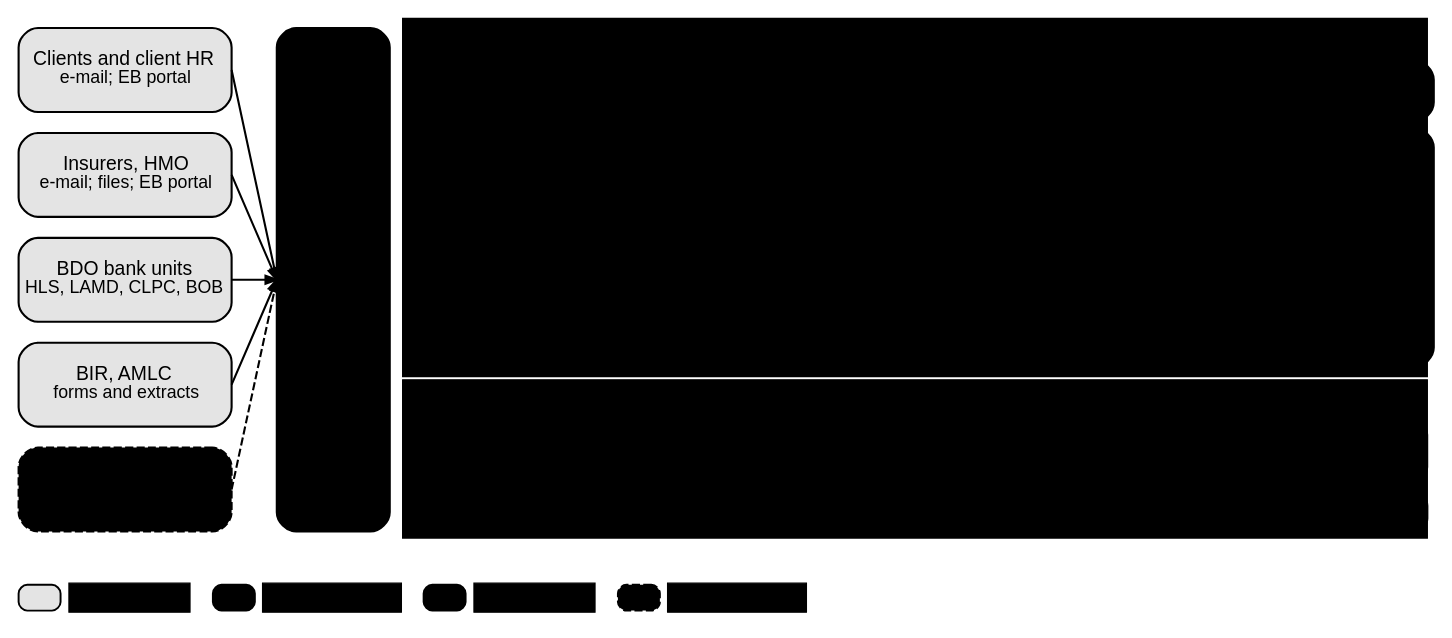
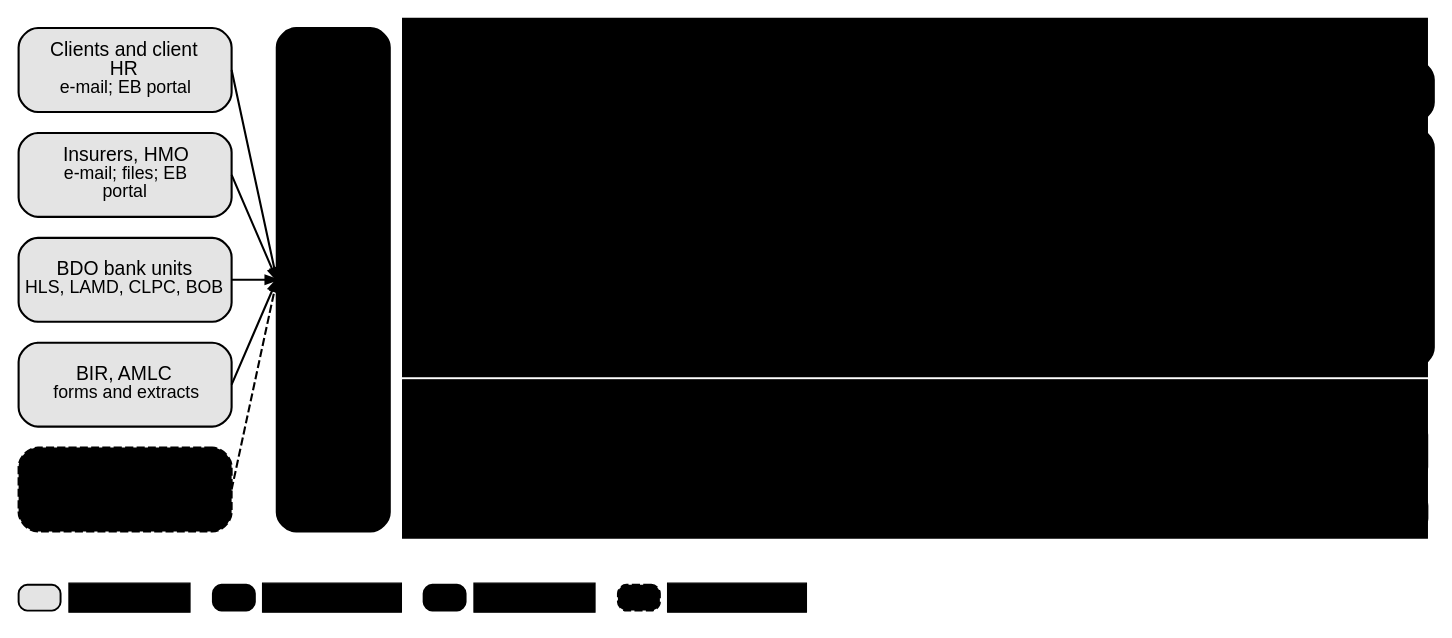
Before and after one commit to IortaTexhNXT-DEV/FinVerse: the diagram in docs/deliverables/src/decks/figures/holistic_envisioned_map.dot, drawn with Graphviz. The commit also changed 31 other files, not shown here.

First line of the commit message:
Business process deck: chapters 2-5 (Operations, Product Maintenance, Collections, Accounting)

```diff
--- a/docs/deliverables/src/decks/figures/holistic_envisioned_map.dot
+++ b/docs/deliverables/src/decks/figures/holistic_envisioned_map.dot
@@ -11,32 +11,32 @@
   r2 [pos="392.0,360.0!", shape=box, style="filled", fillcolor="@DIRTY_WHITE", color="@DIRTY_WHITE", penwidth=0.8, width=4.167, height=0.250, fixedsize=true, margin="0.03,0.02", label=<<font point-size="11.5" color="@HEADER_BLUE"><b>BIBS modules by navigation group</b></font>>];
   r3 [pos="555.5,99.0!", shape=box, style="filled", fillcolor="@BG_BLUE", color="@BORDER", penwidth=0.8, width=8.819, height=1.361, fixedsize=true, margin="0.03,0.02", label=""];
   r4 [pos="392.0,136.0!", shape=box, style="filled", fillcolor="@BG_BLUE", color="@BG_BLUE", penwidth=0.8, width=4.167, height=0.250, fixedsize=true, margin="0.03,0.02", label=<<font point-size="11.5" color="@HEADER_BLUE"><b>Shared services and hosting</b></font>>];
-  x_cli [pos="66.0,340.0!", shape=box, style="rounded,filled", fillcolor="#E4E4E4", color="@MUTED", penwidth=1.3, width=1.833, height=0.722, fixedsize=true, margin="0.03,0.02", label=<<font point-size="12" color="@NEAR_BLACK">Clients and client HR</font><br/><font point-size="11" color="@MUTED">e-mail; EB portal</font>>];
-  x_ins [pos="66.0,275.0!", shape=box, style="rounded,filled", fillcolor="#E4E4E4", color="@MUTED", penwidth=1.3, width=1.833, height=0.722, fixedsize=true, margin="0.03,0.02", label=<<font point-size="12" color="@NEAR_BLACK">Insurers, HMO</font><br/><font point-size="11" color="@MUTED">e-mail; files; EB portal</font>>];
+  x_cli [pos="66.0,340.0!", shape=box, style="rounded,filled", fillcolor="#E4E4E4", color="@MUTED", penwidth=1.3, width=1.833, height=0.722, fixedsize=true, margin="0.03,0.02", label=<<font point-size="12" color="@NEAR_BLACK">Clients and client<br/>HR</font><br/><font point-size="11" color="@MUTED">e-mail; EB portal</font>>];
+  x_ins [pos="66.0,275.0!", shape=box, style="rounded,filled", fillcolor="#E4E4E4", color="@MUTED", penwidth=1.3, width=1.833, height=0.722, fixedsize=true, margin="0.03,0.02", label=<<font point-size="12" color="@NEAR_BLACK">Insurers, HMO</font><br/><font point-size="11" color="@MUTED">e-mail; files; EB<br/>portal</font>>];
   x_bank [pos="66.0,210.0!", shape=box, style="rounded,filled", fillcolor="#E4E4E4", color="@MUTED", penwidth=1.3, width=1.833, height=0.722, fixedsize=true, margin="0.03,0.02", label=<<font point-size="12" color="@NEAR_BLACK">BDO bank units</font><br/><font point-size="11" color="@MUTED">HLS, LAMD, CLPC, BOB</font>>];
   x_reg [pos="66.0,145.0!", shape=box, style="rounded,filled", fillcolor="#E4E4E4", color="@MUTED", penwidth=1.3, width=1.833, height=0.722, fixedsize=true, margin="0.03,0.02", label=<<font point-size="12" color="@NEAR_BLACK">BIR, AMLC</font><br/><font point-size="11" color="@MUTED">forms and extracts</font>>];
   x_dir [pos="66.0,80.0!", shape=box, style="rounded,filled,dashed", fillcolor="@WHITE", color="@MUTED", penwidth=1.3, width=1.833, height=0.722, fixedsize=true, margin="0.03,0.02", label=<<font point-size="12" color="@MUTED">BDO directory (EUA)</font><br/><font point-size="11" color="@MUTED">parked</font>>];
-  chan [pos="195.0,210.0!", shape=box, style="rounded,filled", fillcolor="@BG_BLUE", color="@CTA_BLUE", penwidth=1.3, width=0.972, height=4.333, fixedsize=true, margin="0.03,0.02", label=<<font point-size="12" color="@NEAR_BLACK">Interfaces:<br/>e-mail with<br/>send log,<br/>file<br/>upload,<br/>partner<br/>portal,<br/>parked APIs</font>>];
+  chan [pos="195.0,210.0!", shape=box, style="rounded,filled", fillcolor="@BG_BLUE", color="@CTA_BLUE", penwidth=1.3, width=0.972, height=4.333, fixedsize=true, margin="0.03,0.02", label=<<font point-size="12" color="@NEAR_BLACK">Interfaces<br/>: e-mail<br/>with send<br/>log, file<br/>upload,<br/>partner<br/>portal,<br/>parked<br/>APIs</font>>];
   g0 [pos="329.0,327.0!", shape=box, style="rounded,filled", fillcolor="@HEADER_BLUE", color="@HEADER_BLUE", penwidth=1.3, width=2.361, height=0.528, fixedsize=true, margin="0.03,0.02", label=<<font point-size="11.5" color="@WHITE"><b>Client &amp; Policy</b></font>>];
-  g0m [pos="329.0,230.0!", shape=box, style="rounded,filled", fillcolor="@WHITE", color="@CTA_BLUE", penwidth=1.3, width=2.361, height=2.056, fixedsize=true, margin="0.03,0.02", label=<<font point-size="11" color="@HEADER_BLUE">Clients, Screening*, Quotations,<br/>Accounts, Non-Package (PRF),<br/>Employee Benefits*, Placement,<br/>Issuance, Booking, Renewal*,<br/>Submitted Policies*, Customer<br/>Service*, Prod. Recon,<br/>Adjustment, Products</font>>];
+  g0m [pos="329.0,230.0!", shape=box, style="rounded,filled", fillcolor="@WHITE", color="@CTA_BLUE", penwidth=1.3, width=2.361, height=2.056, fixedsize=true, margin="0.03,0.02", label=<<font point-size="11" color="@HEADER_BLUE">Clients, Screening*,<br/>Quotations, Accounts,<br/>Non-Package (PRF), Employee<br/>Benefits*, Placement,<br/>Issuance, Booking, Renewal*,<br/>Submitted Policies*, Customer<br/>Service*, Prod. Recon,<br/>Adjustment, Products</font>>];
   g1 [pos="458.0,327.0!", shape=box, style="rounded,filled", fillcolor="@HEADER_BLUE", color="@HEADER_BLUE", penwidth=1.3, width=1.111, height=0.528, fixedsize=true, margin="0.03,0.02", label=<<font point-size="11.5" color="@WHITE"><b>Operations</b></font>>];
-  g1m [pos="458.0,230.0!", shape=box, style="rounded,filled", fillcolor="@WHITE", color="@CTA_BLUE", penwidth=1.3, width=1.111, height=2.056, fixedsize=true, margin="0.03,0.02", label=<<font point-size="11" color="@HEADER_BLUE">Operations<br/>home, invoice<br/>ledger,<br/>interfaces</font>>];
+  g1m [pos="458.0,230.0!", shape=box, style="rounded,filled", fillcolor="@WHITE", color="@CTA_BLUE", penwidth=1.3, width=1.111, height=2.056, fixedsize=true, margin="0.03,0.02", label=<<font point-size="11" color="@HEADER_BLUE">Operations<br/>home,<br/>invoice<br/>ledger,<br/>interfaces</font>>];
   g2 [pos="566.0,327.0!", shape=box, style="rounded,filled", fillcolor="@HEADER_BLUE", color="@HEADER_BLUE", penwidth=1.3, width=1.778, height=0.528, fixedsize=true, margin="0.03,0.02", label=<<font point-size="11.5" color="@WHITE"><b>Finance</b></font>>];
-  g2m [pos="566.0,230.0!", shape=box, style="rounded,filled", fillcolor="@WHITE", color="@CTA_BLUE", penwidth=1.3, width=1.778, height=2.056, fixedsize=true, margin="0.03,0.02", label=<<font point-size="11" color="@HEADER_BLUE">Collections, Cashiering,<br/>Remittance, Commission,<br/>Disbursement, Refund<br/>requests, ACSL, GL, AR,<br/>AP, tax</font>>];
+  g2m [pos="566.0,230.0!", shape=box, style="rounded,filled", fillcolor="@WHITE", color="@CTA_BLUE", penwidth=1.3, width=1.778, height=2.056, fixedsize=true, margin="0.03,0.02", label=<<font point-size="11" color="@HEADER_BLUE">Collections,<br/>Cashiering,<br/>Remittance,<br/>Commission,<br/>Disbursement, Refund<br/>requests, ACSL, GL,<br/>AR, AP, tax</font>>];
   g3 [pos="675.0,327.0!", shape=box, style="rounded,filled", fillcolor="@HEADER_BLUE", color="@HEADER_BLUE", penwidth=1.3, width=1.139, height=0.528, fixedsize=true, margin="0.03,0.02", label=<<font point-size="11.5" color="@WHITE"><b>Claims &amp;<br/>Insurance</b></font>>];
   g3m [pos="675.0,230.0!", shape=box, style="rounded,filled", fillcolor="@WHITE", color="@CTA_BLUE", penwidth=1.3, width=1.139, height=2.056, fixedsize=true, margin="0.03,0.02", label=<<font point-size="11" color="@HEADER_BLUE">Claims<br/>Handling*,<br/>insurer-side<br/>modules</font>>];
   g4 [pos="752.0,327.0!", shape=box, style="rounded,filled", fillcolor="@HEADER_BLUE", color="@HEADER_BLUE", penwidth=1.3, width=0.889, height=0.528, fixedsize=true, margin="0.03,0.02", label=<<font point-size="11.5" color="@WHITE"><b>Reports</b></font>>];
-  g4m [pos="752.0,230.0!", shape=box, style="rounded,filled", fillcolor="@WHITE", color="@CTA_BLUE", penwidth=1.3, width=0.889, height=2.056, fixedsize=true, margin="0.03,0.02", label=<<font point-size="11" color="@HEADER_BLUE">Report<br/>Centre, NB<br/>reports</font>>];
-  g5 [pos="832.5,327.0!", shape=box, style="rounded,filled", fillcolor="@HEADER_BLUE", color="@HEADER_BLUE", penwidth=1.3, width=1.236, height=0.528, fixedsize=true, margin="0.03,0.02", label=<<font point-size="11.5" color="@WHITE"><b>Setup &amp; Admin</b></font>>];
+  g4m [pos="752.0,230.0!", shape=box, style="rounded,filled", fillcolor="@WHITE", color="@CTA_BLUE", penwidth=1.3, width=0.889, height=2.056, fixedsize=true, margin="0.03,0.02", label=<<font point-size="11" color="@HEADER_BLUE">Report<br/>Centre,<br/>NB<br/>reports</font>>];
+  g5 [pos="832.5,327.0!", shape=box, style="rounded,filled", fillcolor="@HEADER_BLUE", color="@HEADER_BLUE", penwidth=1.3, width=1.236, height=0.528, fixedsize=true, margin="0.03,0.02", label=<<font point-size="11.5" color="@WHITE"><b>Setup &amp;<br/>Admin</b></font>>];
   g5m [pos="832.5,230.0!", shape=box, style="rounded,filled", fillcolor="@WHITE", color="@CTA_BLUE", penwidth=1.3, width=1.236, height=2.056, fixedsize=true, margin="0.03,0.02", label=<<font point-size="11" color="@HEADER_BLUE">Broking setup,<br/>Compliance<br/>setup*, User<br/>Access, Portal<br/>users*, Admin</font>>];
-  s0 [pos="281.6,104.0!", shape=box, style="rounded,filled", fillcolor="@CTA_BLUE", color="@CTA_BLUE", penwidth=1.3, width=1.043, height=0.611, fixedsize=true, margin="0.03,0.02", label=<<font point-size="11" color="@WHITE">Workflow and<br/>SLA</font>>];
-  s1 [pos="360.7,104.0!", shape=box, style="rounded,filled", fillcolor="@CTA_BLUE", color="@CTA_BLUE", penwidth=1.3, width=1.043, height=0.611, fixedsize=true, margin="0.03,0.02", label=<<font point-size="11" color="@WHITE">Documents and<br/>templates</font>>];
-  s2 [pos="439.8,104.0!", shape=box, style="rounded,filled", fillcolor="@CTA_BLUE", color="@CTA_BLUE", penwidth=1.3, width=1.043, height=0.611, fixedsize=true, margin="0.03,0.02", label=<<font point-size="11" color="@WHITE">Notifications</font>>];
+  s0 [pos="281.6,104.0!", shape=box, style="rounded,filled", fillcolor="@CTA_BLUE", color="@CTA_BLUE", penwidth=1.3, width=1.043, height=0.611, fixedsize=true, margin="0.03,0.02", label=<<font point-size="11" color="@WHITE">Workflow<br/>and SLA</font>>];
+  s1 [pos="360.7,104.0!", shape=box, style="rounded,filled", fillcolor="@CTA_BLUE", color="@CTA_BLUE", penwidth=1.3, width=1.043, height=0.611, fixedsize=true, margin="0.03,0.02", label=<<font point-size="10.5" color="@WHITE">Documents<br/>and<br/>templates</font>>];
+  s2 [pos="439.8,104.0!", shape=box, style="rounded,filled", fillcolor="@CTA_BLUE", color="@CTA_BLUE", penwidth=1.3, width=1.043, height=0.611, fixedsize=true, margin="0.03,0.02", label=<<font point-size="11" color="@WHITE">Notificatio<br/>ns</font>>];
   s3 [pos="518.9,104.0!", shape=box, style="rounded,filled", fillcolor="@CTA_BLUE", color="@CTA_BLUE", penwidth=1.3, width=1.043, height=0.611, fixedsize=true, margin="0.03,0.02", label=<<font point-size="11" color="@WHITE">Reports and<br/>exports</font>>];
   s4 [pos="598.1,104.0!", shape=box, style="rounded,filled", fillcolor="@CTA_BLUE", color="@CTA_BLUE", penwidth=1.3, width=1.043, height=0.611, fixedsize=true, margin="0.03,0.02", label=<<font point-size="11" color="@WHITE">Audit trail</font>>];
-  s5 [pos="677.2,104.0!", shape=box, style="rounded,filled", fillcolor="@CTA_BLUE", color="@CTA_BLUE", penwidth=1.3, width=1.043, height=0.611, fixedsize=true, margin="0.03,0.02", label=<<font point-size="11" color="@WHITE">Configuration<br/>masters</font>>];
+  s5 [pos="677.2,104.0!", shape=box, style="rounded,filled", fillcolor="@CTA_BLUE", color="@CTA_BLUE", penwidth=1.3, width=1.043, height=0.611, fixedsize=true, margin="0.03,0.02", label=<<font point-size="11" color="@WHITE">Configurati<br/>on masters</font>>];
   s6 [pos="756.3,104.0!", shape=box, style="rounded,filled", fillcolor="@CTA_BLUE", color="@CTA_BLUE", penwidth=1.3, width=1.043, height=0.611, fixedsize=true, margin="0.03,0.02", label=<<font point-size="11" color="@WHITE">Redis cache</font>>];
-  s7 [pos="835.4,104.0!", shape=box, style="rounded,filled", fillcolor="@CTA_BLUE", color="@CTA_BLUE", penwidth=1.3, width=1.043, height=0.611, fixedsize=true, margin="0.03,0.02", label=<<font point-size="11" color="@WHITE">Kafka events</font>>];
+  s7 [pos="835.4,104.0!", shape=box, style="rounded,filled", fillcolor="@CTA_BLUE", color="@CTA_BLUE", penwidth=1.3, width=1.043, height=0.611, fixedsize=true, margin="0.03,0.02", label=<<font point-size="11" color="@WHITE">Kafka<br/>events</font>>];
   host [pos="558.5,66.0!", shape=box, style="rounded,filled", fillcolor="@BG_BLUE", color="@HEADER_BLUE", penwidth=1.3, width=8.736, height=0.333, fixedsize=true, margin="0.03,0.02", label=<<font point-size="11" color="@NEAR_BLACK">Hosting: AWS, Singapore region; production and non-production environments (client BOM)</font>>];
   r5 [pos="13.0,13.0!", shape=box, style="rounded,filled", fillcolor="#E4E4E4", color="@MUTED", penwidth=1.2, width=0.361, height=0.222, fixedsize=true, margin="0.03,0.02", label=""];
   r6 [pos="68.7,13.0!", shape=box, style="filled", fillcolor="@WHITE", color="@WHITE", penwidth=0.8, width=1.047, height=0.250, fixedsize=true, margin="0.03,0.02", label=<<font point-size="10.5" color="@TEXT">External party</font>>];
```
